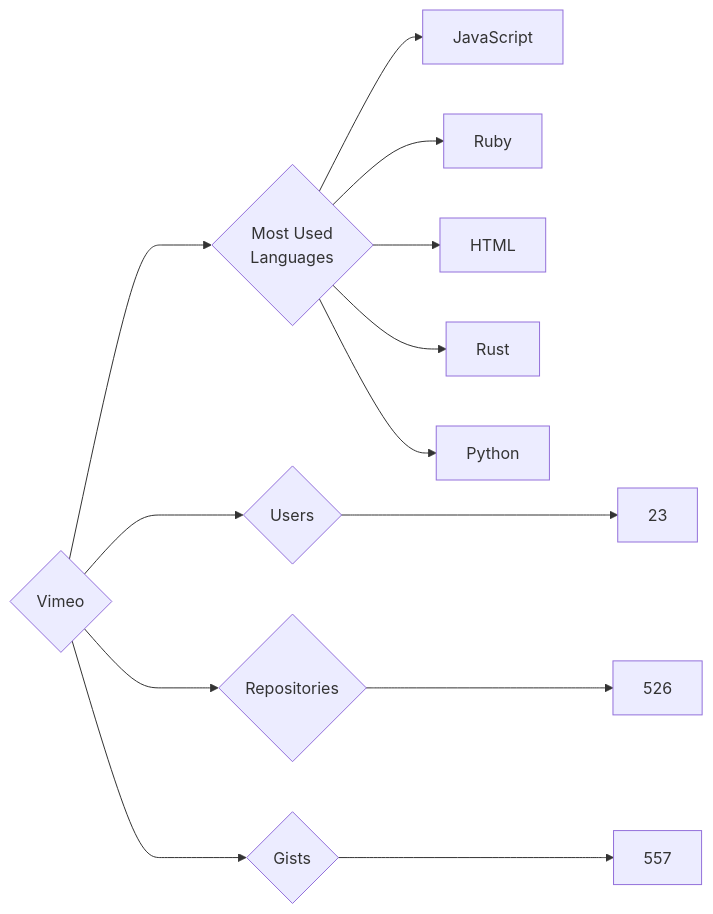
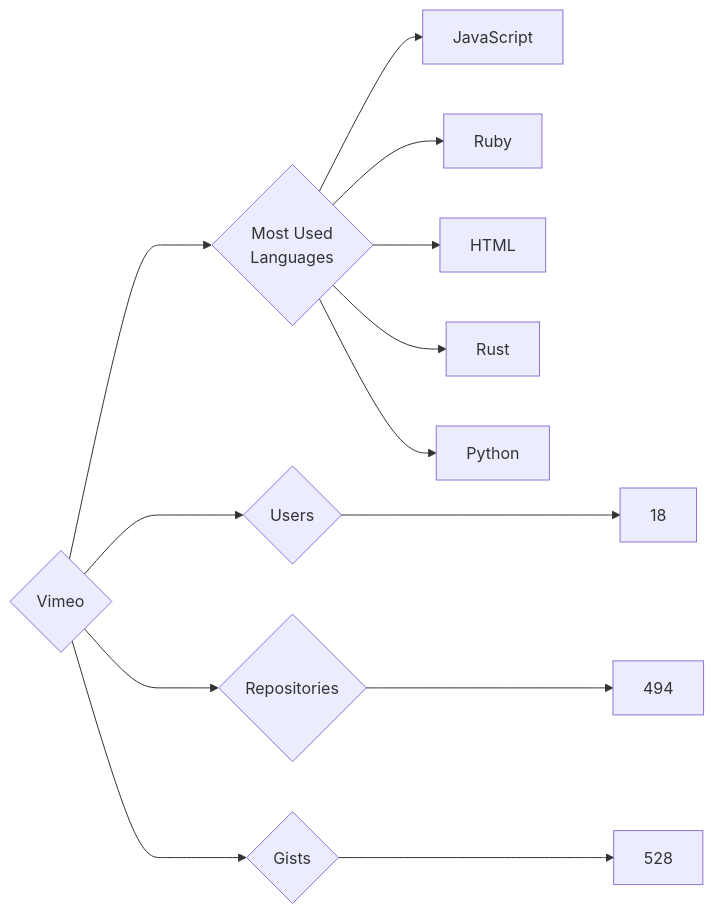
One commit to trickest/insiders changed the diagram in targets/Vimeo/README.md. Above: the diagram before and after it, drawn with Mermaid. The commit also changed 815 other files, not shown here.

````diff
--- a/targets/Vimeo/README.md
+++ b/targets/Vimeo/README.md
@@ -3,13 +3,13 @@
 ```mermaid
 graph LR
 COMPANY_NAME{Vimeo}
-COMPANY_NAME ---> U{Users} ---> UN[23]
-COMPANY_NAME ---> R{Repositories} ---> RN[526]
-COMPANY_NAME ---> G{Gists} ---> GN[557]
+COMPANY_NAME ---> U{Users} ---> UN[18]
+COMPANY_NAME ---> R{Repositories} ---> RN[494]
+COMPANY_NAME ---> G{Gists} ---> GN[528]
 COMPANY_NAME ---> ML{Most Used<br>Languages}
 ML --> JavaScript[JavaScript]
 ML --> Ruby[Ruby]
 ML --> HTML[HTML]
 ML --> Rust[Rust]
 ML --> Python[Python]
 ```
````
